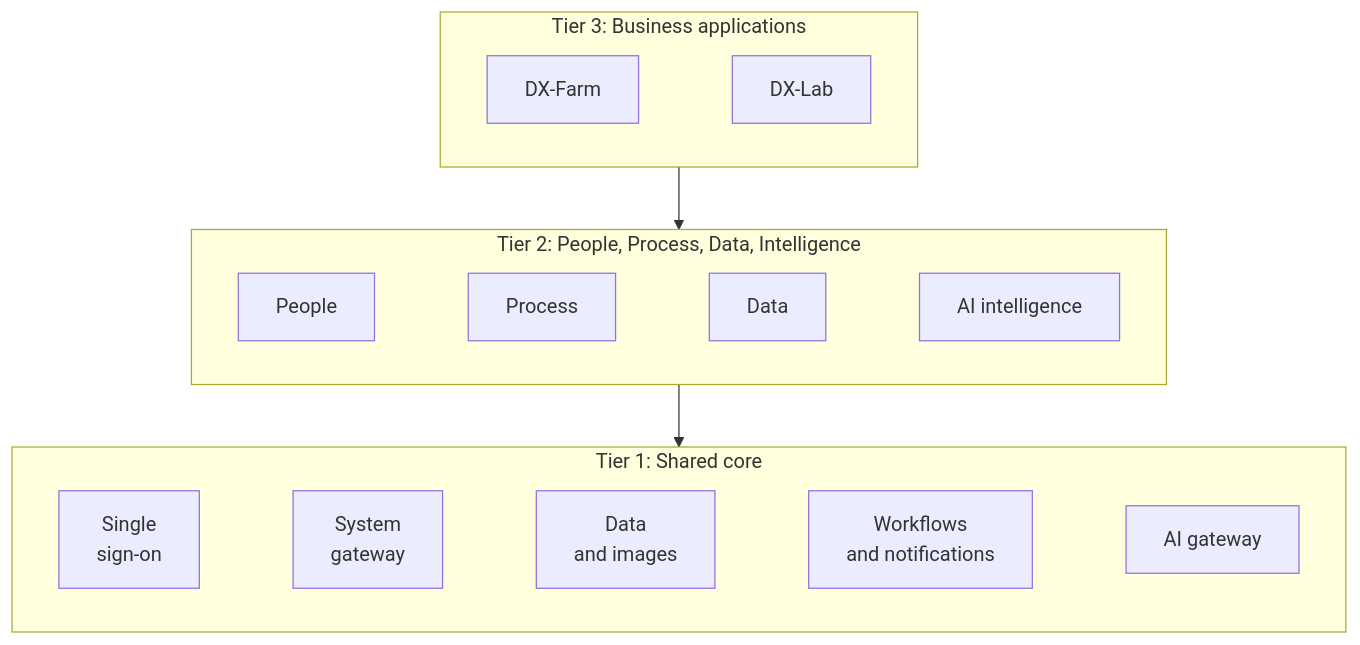
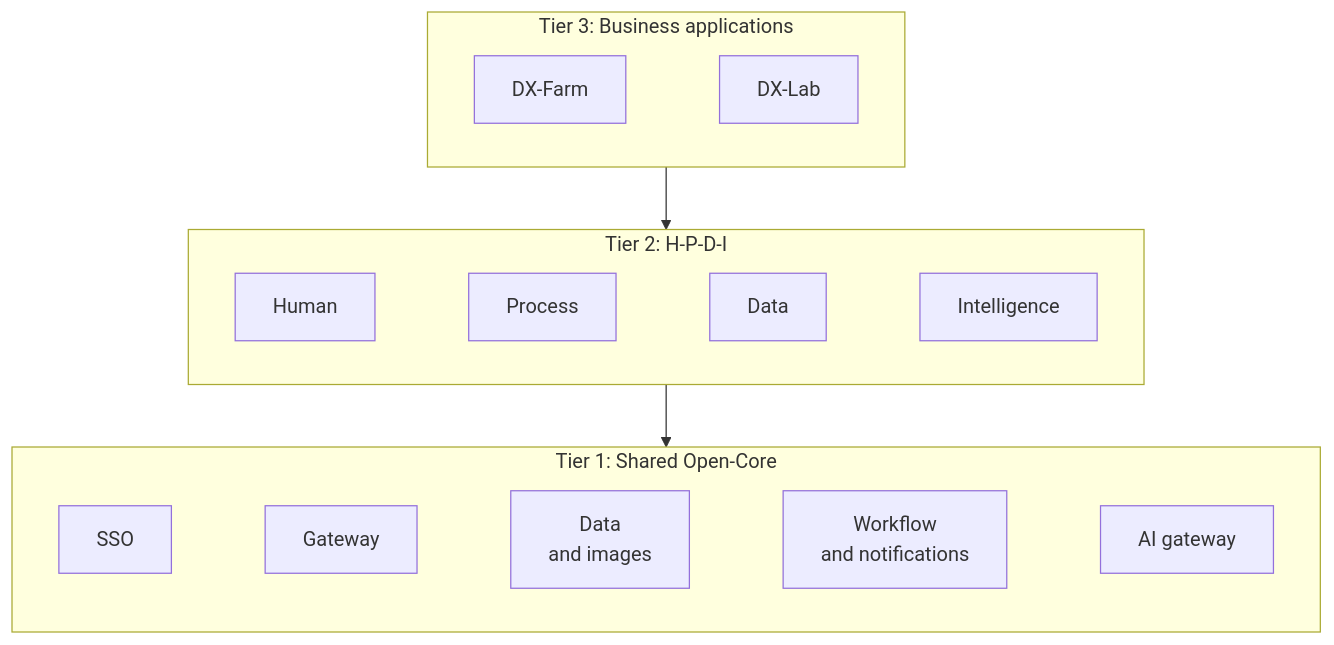
The diagram in README_EN.md (HaUI-ImplSolution/DX-OS), drawn with Mermaid before and after one commit. The commit also changed other lines of this file and 2 other files, not shown here.

First line of the commit message:
docs: add an architecture overview and simplify the wording

````diff
--- a/README_EN.md
+++ b/README_EN.md
@@ -30,16 +30,16 @@
 ```mermaid
 flowchart TB
   subgraph T3["Tier 3: Business applications"]
     direction LR
     FARM["DX-Farm"] ~~~ LAB["DX-Lab"]
   end
-  subgraph T2["Tier 2: People, Process, Data, Intelligence"]
+  subgraph T2["Tier 2: H-P-D-I"]
     direction LR
-    H["People"] ~~~ P["Process"] ~~~ D["Data"] ~~~ I["AI intelligence"]
+    H["Human"] ~~~ P["Process"] ~~~ D["Data"] ~~~ I["Intelligence"]
   end
-  subgraph T1["Tier 1: Shared core"]
+  subgraph T1["Tier 1: Shared Open-Core"]
     direction LR
-    SSO["Single<br/>sign-on"] ~~~ GW["System<br/>gateway"] ~~~ DATA["Data<br/>and images"] ~~~ WF["Workflows<br/>and notifications"] ~~~ AI["AI gateway"]
+    SSO["SSO"] ~~~ GW["Gateway"] ~~~ DATA["Data<br/>and images"] ~~~ WF["Workflow<br/>and notifications"] ~~~ AI["AI gateway"]
   end
   T3 --> T2 --> T1
 ```
````
